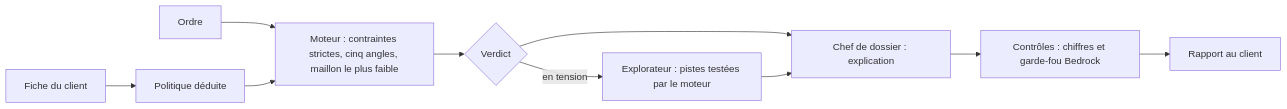
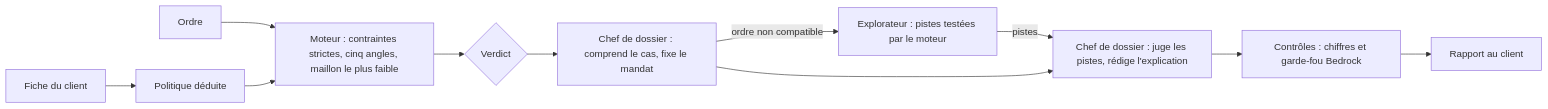
Before and after one commit to rrramoe/garder-le-cap: the diagram in README.md, drawn with Mermaid. The commit also changed other lines of this file, not shown here.

````diff
--- a/README.md
+++ b/README.md
@@ -122,12 +122,13 @@
 ```mermaid
 flowchart LR
     F["Fiche du client"] --> P["Politique déduite"]
     O["Ordre"] --> M
     P --> M["Moteur : contraintes strictes, cinq angles, maillon le plus faible"]
     M --> V{"Verdict"}
-    V -->|"en tension"| E["Explorateur : pistes testées par le moteur"]
-    V --> C["Chef de dossier : explication"]
-    E --> C
-    C --> G["Contrôles : chiffres et garde-fou Bedrock"]
+    V --> C["Chef de dossier : comprend le cas, fixe le mandat"]
+    C -->|"ordre non compatible"| E["Explorateur : pistes testées par le moteur"]
+    E -->|"pistes"| J["Chef de dossier : juge les pistes, rédige l'explication"]
+    C --> J
+    J --> G["Contrôles : chiffres et garde-fou Bedrock"]
     G --> R["Rapport au client"]
 ```
````
